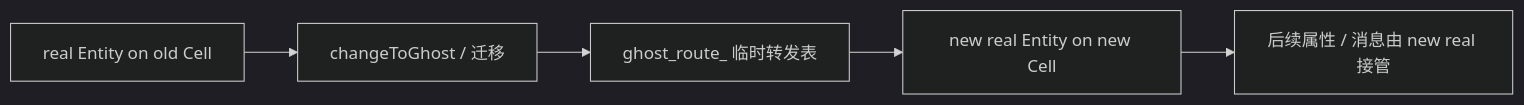
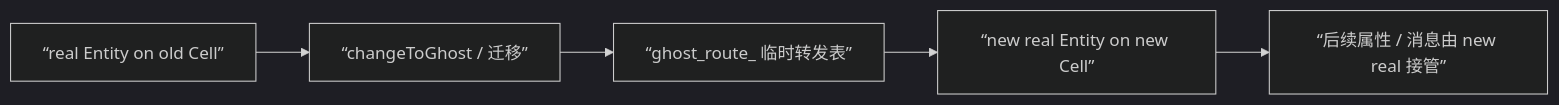
Before and after one commit to cuihairu/kbengine: the sixth of 8 diagrams in docs/architecture/source-analysis/space-aoi.md, drawn with Mermaid (dark theme). The commit also changed other lines of this file and 9 other files, not shown here.

````diff
--- a/docs/architecture/source-analysis/space-aoi.md
+++ b/docs/architecture/source-analysis/space-aoi.md
@@ -1452,7 +1422,7 @@
 ```mermaid
 flowchart LR
-    A["real Entity on old Cell"] --> B["changeToGhost / 迁移"]
-    B --> C["ghost_route_ 临时转发表"]
-    C --> D["new real Entity on new Cell"]
-    D --> E["后续属性 / 消息由 new real 接管"]
+    A[“real Entity on old Cell”] --> B[“changeToGhost / 迁移”]
+    B --> C[“ghost_route_ 临时转发表”]
+    C --> D[“new real Entity on new Cell”]
+    D --> E[“后续属性 / 消息由 new real 接管”]
 ```
````
